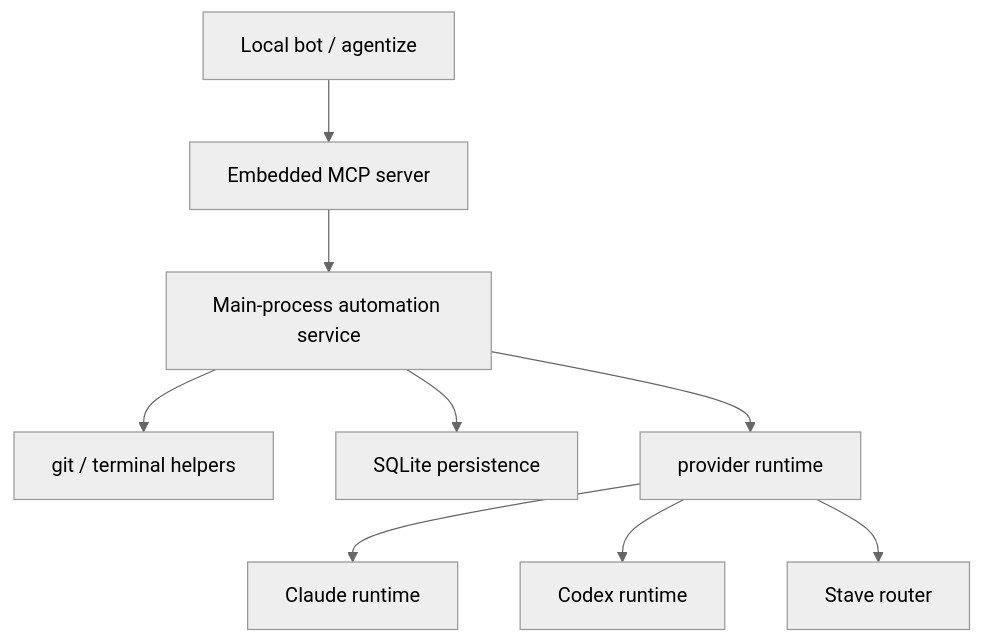
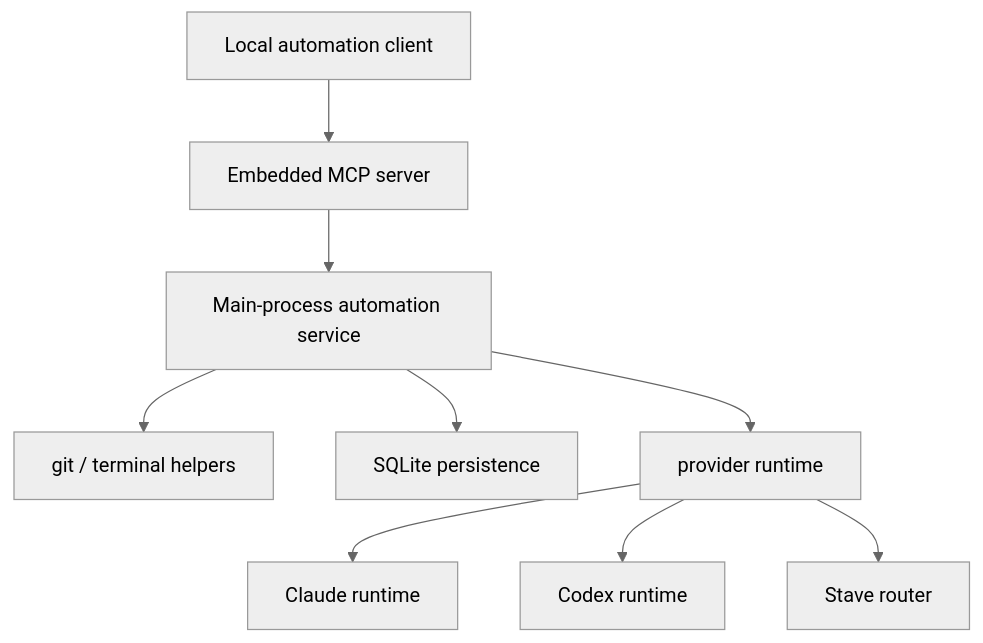
The diagram in docs/architecture/local-mcp-embedded-plan.md (sendbird-playground/stave), drawn with Mermaid (neutral theme) before and after one commit. The commit also changed other lines of this file and 23 other files, not shown here.

````diff
--- a/docs/architecture/local-mcp-embedded-plan.md
+++ b/docs/architecture/local-mcp-embedded-plan.md
@@ -79,11 +79,11 @@
 ```mermaid
 graph TD
-    BOT[Local bot / agentize] --> MCP[Embedded MCP server]
+    BOT[Local automation client] --> MCP[Embedded MCP server]
     MCP --> SVC[Main-process automation service]
     SVC --> SCM[git / terminal helpers]
     SVC --> DB[SQLite persistence]
     SVC --> RT[provider runtime]
     RT --> CLAUDE[Claude runtime]
     RT --> CODEX[Codex runtime]
     RT --> STAVE[Stave router]
 ```
````
